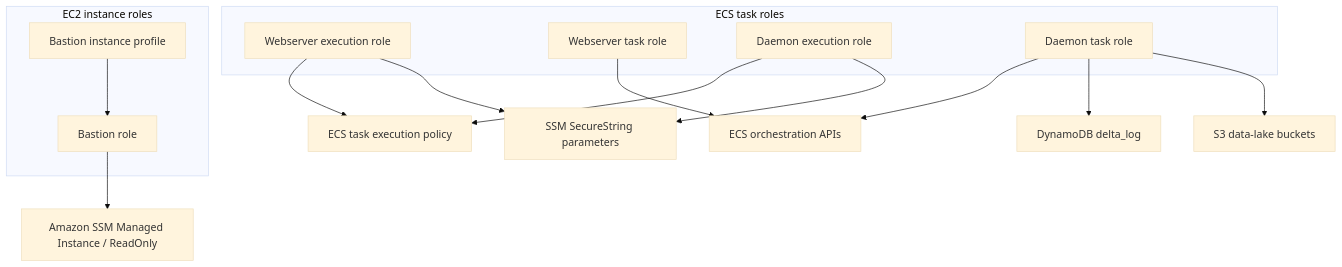
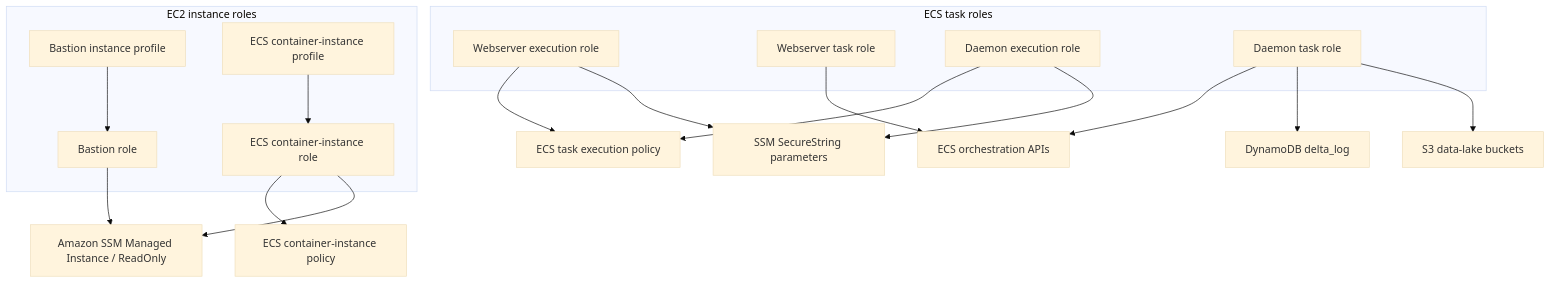
Before and after one commit to Chr1sC0de/energy-market-delta-lake: the first of 2 diagrams in infrastructure/aws-pulumi/docs/identity-and-discovery.md, drawn with Mermaid (base theme). The commit also changed other lines of this file and 19 other files, not shown here.

````diff
--- a/infrastructure/aws-pulumi/docs/identity-and-discovery.md
+++ b/infrastructure/aws-pulumi/docs/identity-and-discovery.md
@@ -23,32 +23,38 @@
 ```mermaid
 flowchart TB
     subgraph EC2Roles[EC2 instance roles]
         BASTIONROLE[Bastion role]
         BASTIONPROFILE[Bastion instance profile]
+        ECSINSTANCEROLE[ECS container-instance role]
+        ECSINSTANCEPROFILE[ECS container-instance profile]
     end
 
     subgraph ECSRoles[ECS task roles]
         WEBEXEC[Webserver execution role]
         WEBTASK[Webserver task role]
         DAEMONEXEC[Daemon execution role]
         DAEMONTASK[Daemon task role]
     end
 
     SSM[Amazon SSM Managed Instance / ReadOnly]
+    ECSINSTANCEPOLICY[ECS container-instance policy]
     ECRPOLICY[ECS task execution policy]
     ECSAPI[ECS orchestration APIs]
     DDB[DynamoDB delta_log]
     S3[S3 data-lake buckets]
     SSMPARAM[SSM SecureString parameters]
 
     BASTIONROLE --> SSM
     BASTIONPROFILE --> BASTIONROLE
+    ECSINSTANCEPROFILE --> ECSINSTANCEROLE
+    ECSINSTANCEROLE --> ECSINSTANCEPOLICY
+    ECSINSTANCEROLE --> SSM
     WEBEXEC --> ECRPOLICY
     DAEMONEXEC --> ECRPOLICY
     WEBEXEC --> SSMPARAM
     DAEMONEXEC --> SSMPARAM
     WEBTASK --> ECSAPI
     DAEMONTASK --> ECSAPI
     DAEMONTASK --> DDB
     DAEMONTASK --> S3
 ```
````
